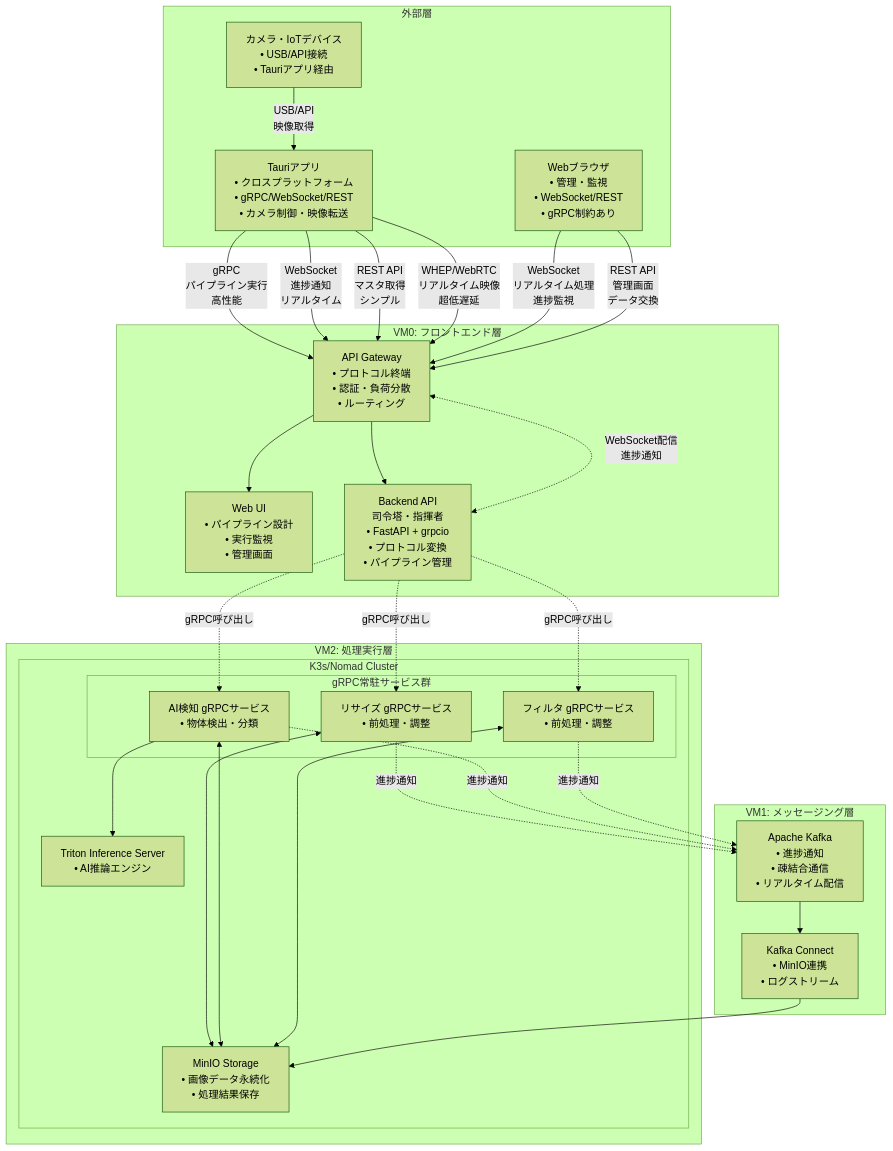
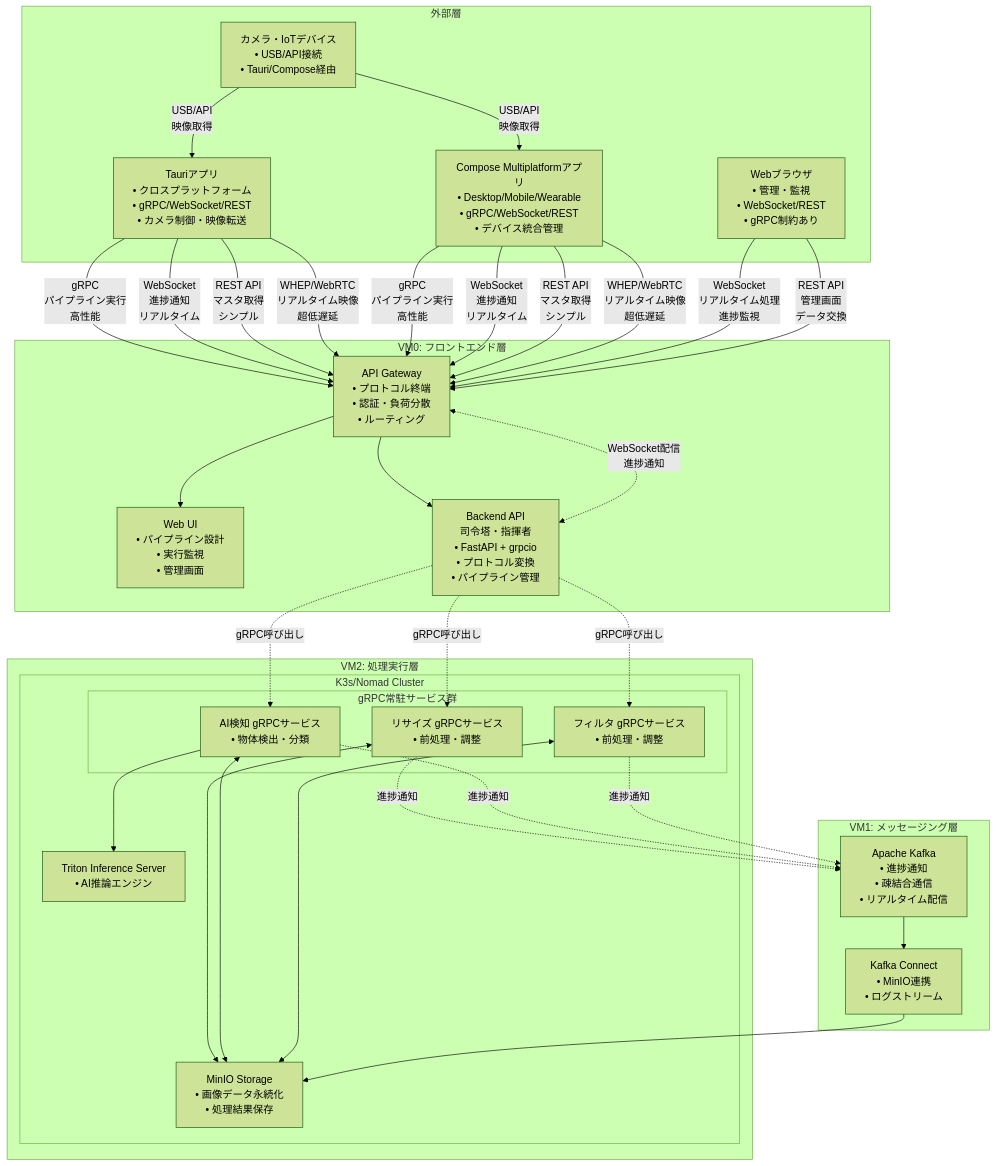
One commit to daichiTAAA/ImageFlowCanvas changed the first of 2 diagrams in docs/0300_設計_アプローチ1/0300_システム基本設計.md. Above: the diagram before and after it, drawn with Mermaid (forest theme). The commit also changed other lines of this file and 54 other files, not shown here.

````diff
--- a/docs/0300_設計_アプローチ1/0300_システム基本設計.md
+++ b/docs/0300_設計_アプローチ1/0300_システム基本設計.md
@@ -43,67 +44,75 @@
 ```mermaid
 graph TB
     subgraph "外部層"
         TauriApp[Tauriアプリ<br/>• クロスプラットフォーム<br/>• gRPC/WebSocket/REST<br/>• カメラ制御・映像転送]
+        ComposeApp[Compose Multiplatformアプリ<br/>• Desktop/Mobile/Wearable<br/>• gRPC/WebSocket/REST<br/>• デバイス統合管理]
         WebClient[Webブラウザ<br/>• 管理・監視<br/>• WebSocket/REST<br/>• gRPC制約あり]
-        Camera[カメラ・IoTデバイス<br/>• USB/API接続<br/>• Tauriアプリ経由]
+        Camera[カメラ・IoTデバイス<br/>• USB/API接続<br/>• Tauri/Compose経由]
     end
     
     subgraph "VM0: フロントエンド層"
         Gateway[API Gateway<br/>• プロトコル終端<br/>• 認証・負荷分散<br/>• ルーティング]
         WebUI[Web UI<br/>• パイプライン設計<br/>• 実行監視<br/>• 管理画面]
         Backend[Backend API<br/>司令塔・指揮者<br/>• FastAPI + grpcio<br/>• プロトコル変換<br/>• パイプライン管理]
     end
     
     subgraph "VM1: メッセージング層"
         Kafka[Apache Kafka<br/>• 進捗通知<br/>• 疎結合通信<br/>• リアルタイム配信]
         Connect[Kafka Connect<br/>• MinIO連携<br/>• ログストリーム]
     end
     
     subgraph "VM2: 処理実行層"
         subgraph "K3s/Nomad Cluster"
             MinIO[MinIO Storage<br/>• 画像データ永続化<br/>• 処理結果保存]
             subgraph "gRPC常駐サービス群"
                 ResizeService[リサイズ gRPCサービス<br/>• 前処理・調整]
                 AIService[AI検知 gRPCサービス<br/>• 物体検出・分類]
                 FilterService[フィルタ gRPCサービス<br/>• 前処理・調整]
             end
             TritonServer[Triton Inference Server<br/>• AI推論エンジン]
         end
     end
     
-    %% カメラからTauriアプリへ
+    %% カメラからアプリへ
     Camera -->|USB/API<br/>映像取得| TauriApp
+    Camera -->|USB/API<br/>映像取得| ComposeApp
     
     %% Tauriアプリの通信（適材適所）
     TauriApp -->|gRPC<br/>パイプライン実行<br/>高性能| Gateway
     TauriApp -->|WebSocket<br/>進捗通知<br/>リアルタイム| Gateway
     TauriApp -->|REST API<br/>マスタ取得<br/>シンプル| Gateway
     TauriApp -->|WHEP/WebRTC<br/>リアルタイム映像<br/>超低遅延| Gateway
+    
+    %% Compose Multiplatformアプリの通信
+    ComposeApp -->|gRPC<br/>パイプライン実行<br/>高性能| Gateway
+    ComposeApp -->|WebSocket<br/>進捗通知<br/>リアルタイム| Gateway
+    ComposeApp -->|REST API<br/>マスタ取得<br/>シンプル| Gateway
+    ComposeApp -->|WHEP/WebRTC<br/>リアルタイム映像<br/>超低遅延| Gateway
     
     %% Webブラウザの通信（gRPC制約あり）
     WebClient -->|WebSocket<br/>リアルタイム処理<br/>進捗監視| Gateway
     WebClient -->|REST API<br/>管理画面<br/>データ交換| Gateway
     
     %% Gateway → Backend（プロトコル変換）
     Gateway --> Backend
     Gateway --> WebUI
     
     %% Backend → gRPCサービス（司令塔）
     Backend -.->|gRPC呼び出し| ResizeService
     Backend -.->|gRPC呼び出し| AIService
     Backend -.->|gRPC呼び出し| FilterService
     
     %% ストレージアクセス
     ResizeService <--> MinIO
     AIService <--> MinIO
     FilterService <--> MinIO
     AIService --> TritonServer
     
     %% 疎結合通知（Kafka）
     ResizeService -.->|進捗通知| Kafka
     AIService -.->|進捗通知| Kafka
     FilterService -.->|進捗通知| Kafka
     Kafka --> Connect
     Connect --> MinIO
     Backend <-.->|WebSocket配信<br/>進捗通知| Gateway
 ```
````
